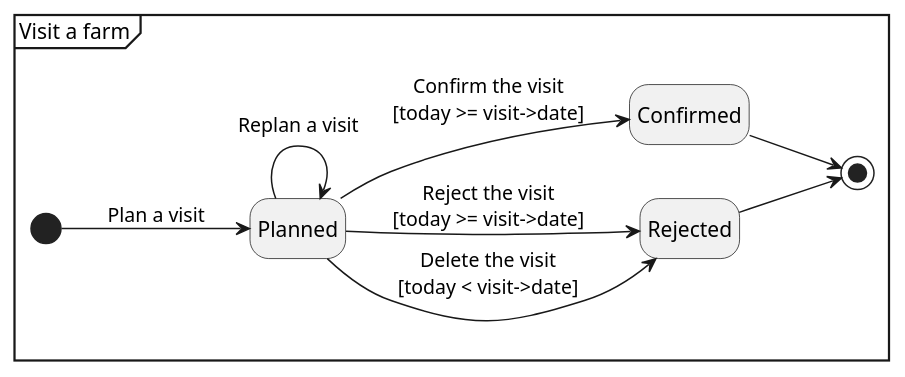
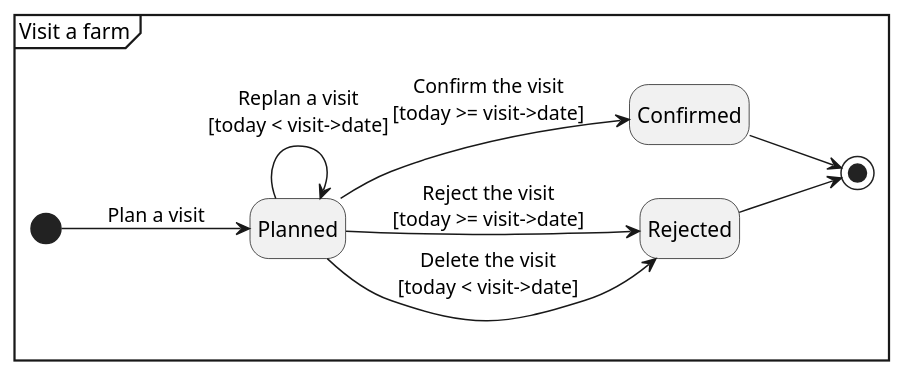
Before and after one commit to Astenna/DREAM: the diagram in RASD/uml/state.puml, drawn with PlantUML. The commit also changed 4 other files, not shown here.

Commit message:
UML diagrams, naming alignments

```diff
--- a/RASD/uml/state.puml
+++ b/RASD/uml/state.puml
@@ -1,21 +1,21 @@
 @startuml State
 
 mainframe Visit a farm
 hide empty description
 
 left to right direction
 
 state Planned
 state Confirmed
 state Rejected
 
 [*] --> Planned : Plan a visit
-Planned --> Planned : Replan a visit
+Planned --> Planned : Replan a visit\n[today < visit->date]
 Planned --> Confirmed : Confirm the visit\n[today >= visit->date]
 Planned --> Rejected : Reject the visit\n[today >= visit->date]
 Planned --> Rejected : Delete the visit\n[today < visit->date]
 
 Rejected --> [*]
 Confirmed --> [*]
 
 @enduml
```
